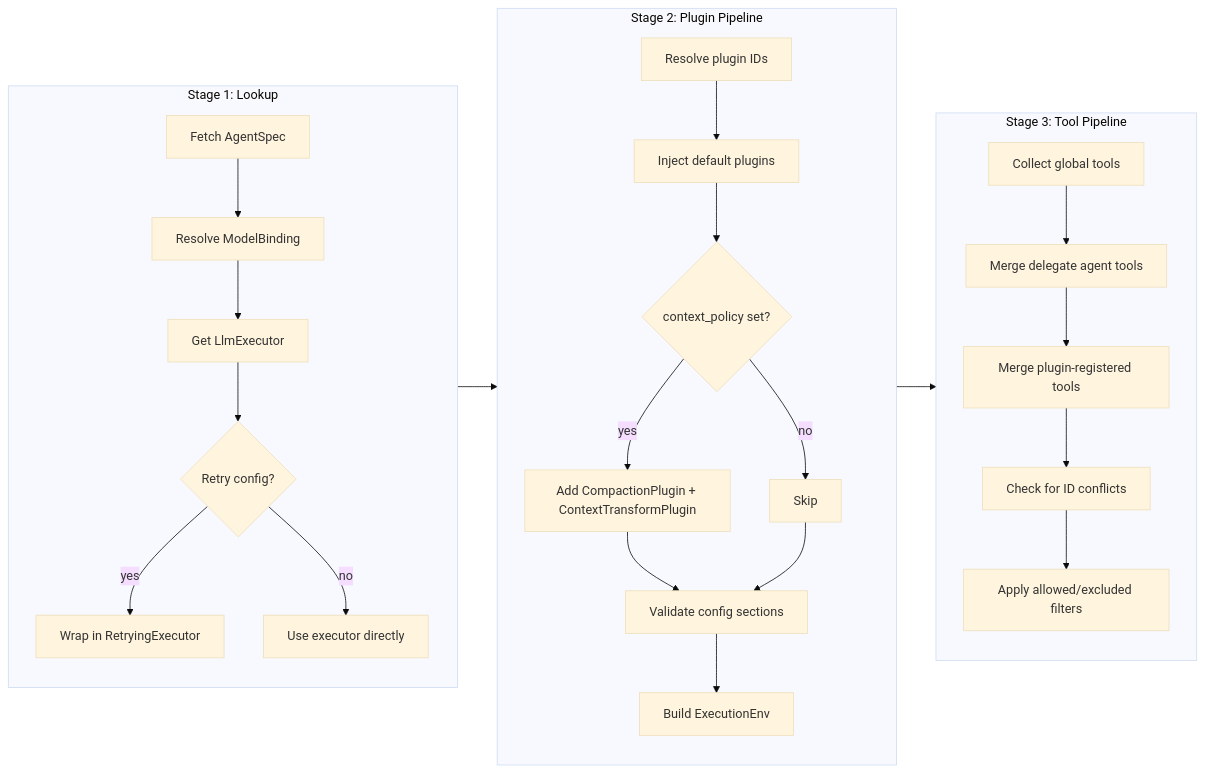
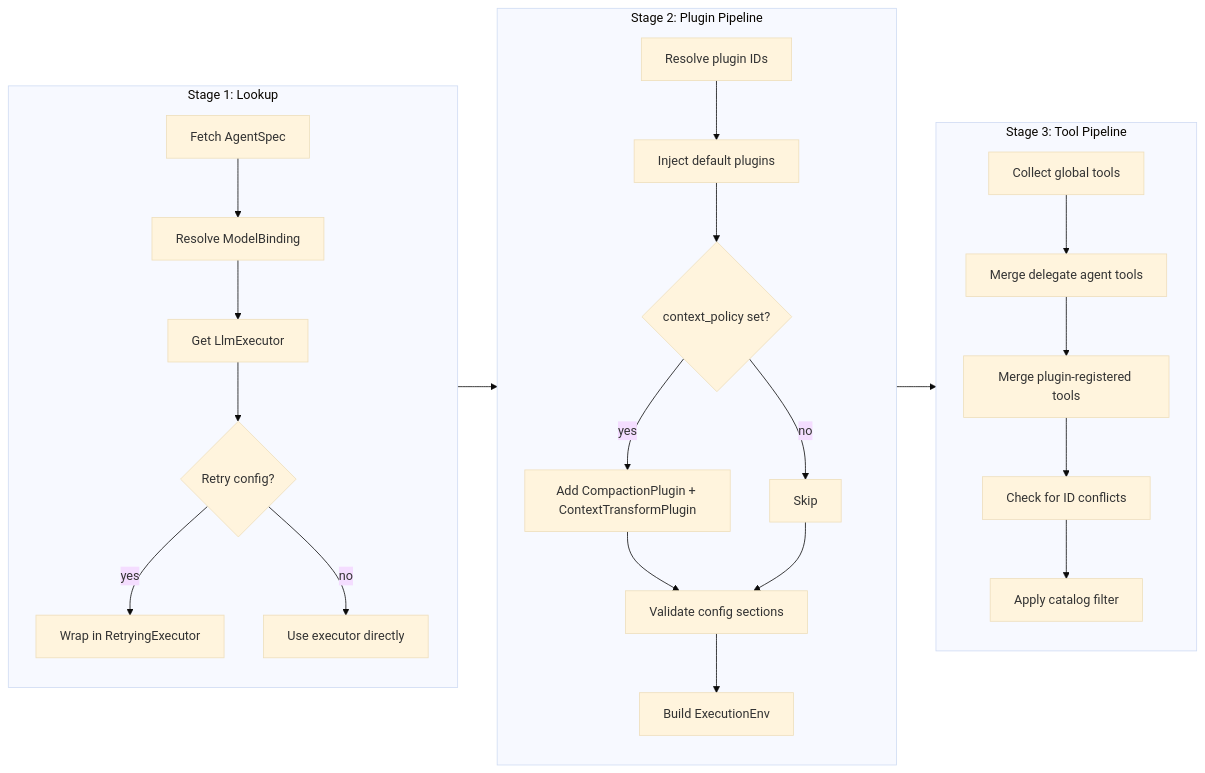
The diagram in apps/www/src/content/docs/explanation/agent-resolution.md (awakenworks/awaken), drawn with Mermaid (base theme) before and after one commit. The commit also changed other lines of this file and 145 other files, not shown here.

````diff
--- a/apps/www/src/content/docs/explanation/agent-resolution.md
+++ b/apps/www/src/content/docs/explanation/agent-resolution.md
@@ -12,29 +12,29 @@
 ```mermaid
 flowchart LR
     subgraph Stage1["Stage 1: Lookup"]
         A1[Fetch AgentSpec] --> A2[Resolve ModelBinding]
         A2 --> A3[Get LlmExecutor]
         A3 --> A4{Retry config?}
         A4 -- yes --> A5[Wrap in RetryingExecutor]
         A4 -- no --> A6[Use executor directly]
     end
 
     subgraph Stage2["Stage 2: Plugin Pipeline"]
         B1[Resolve plugin IDs] --> B2[Inject default plugins]
         B2 --> B3{context_policy set?}
         B3 -- yes --> B4[Add CompactionPlugin + ContextTransformPlugin]
         B3 -- no --> B5[Skip]
         B4 --> B6[Validate config sections]
         B5 --> B6
         B6 --> B7[Build ExecutionEnv]
     end
 
     subgraph Stage3["Stage 3: Tool Pipeline"]
         C1[Collect global tools] --> C2[Merge delegate agent tools]
         C2 --> C3[Merge plugin-registered tools]
         C3 --> C4[Check for ID conflicts]
-        C4 --> C5[Apply allowed/excluded filters]
+        C4 --> C5[Apply catalog filter]
     end
 
     Stage1 --> Stage2 --> Stage3
 ```
````
